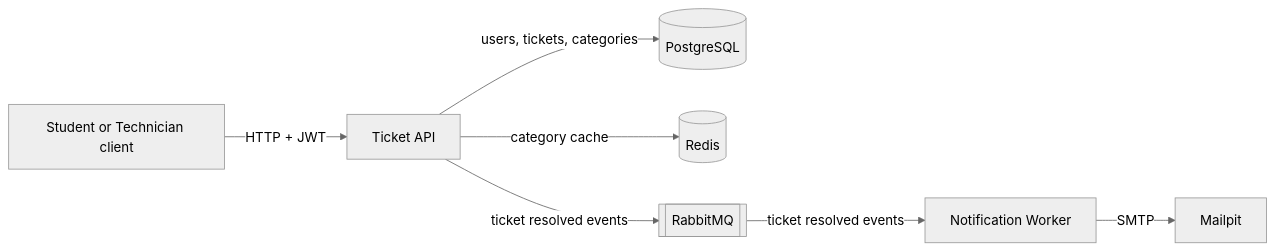
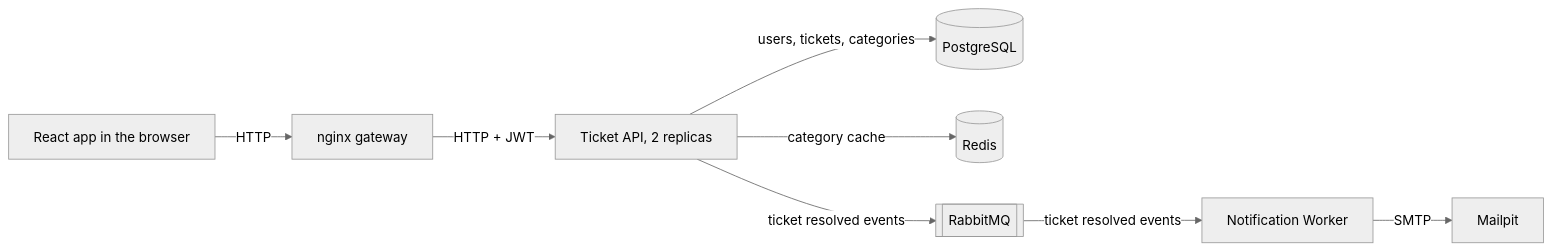
The first of 2 diagrams in docs/design.md (rinesaavdiu/University_Helpdesk), drawn with Mermaid (neutral theme) before and after one commit. The commit also changed other lines of this file and 1 other file, not shown here.

Commit message:
docs: describe the React frontend in design and requirements

````diff
--- a/docs/design.md
+++ b/docs/design.md
@@ -25,17 +27,19 @@
 ```mermaid
 flowchart LR
-    client[Student or Technician client]
-    api[Ticket API]
+    client[React app in the browser]
+    gateway[nginx gateway]
+    api[Ticket API, 2 replicas]
     worker[Notification Worker]
     pg[(PostgreSQL)]
     redis[(Redis)]
     mq[[RabbitMQ]]
     mail[Mailpit]
 
-    client -->|HTTP + JWT| api
+    client -->|HTTP| gateway
+    gateway -->|HTTP + JWT| api
     api -->|users, tickets, categories| pg
     api -->|category cache| redis
     api -->|ticket resolved events| mq
     mq -->|ticket resolved events| worker
     worker -->|SMTP| mail
 ```
````
